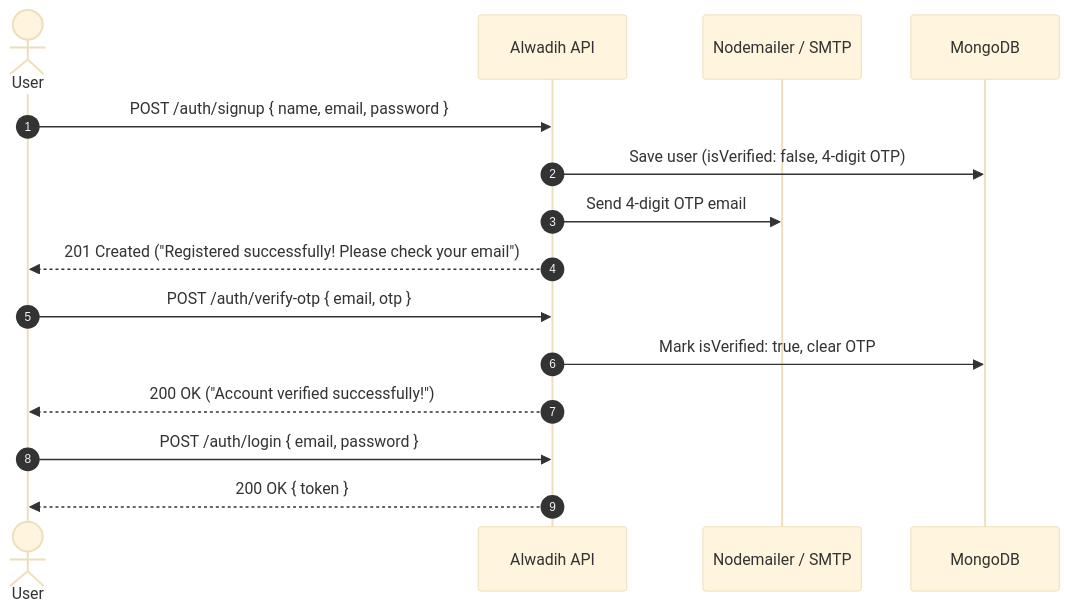
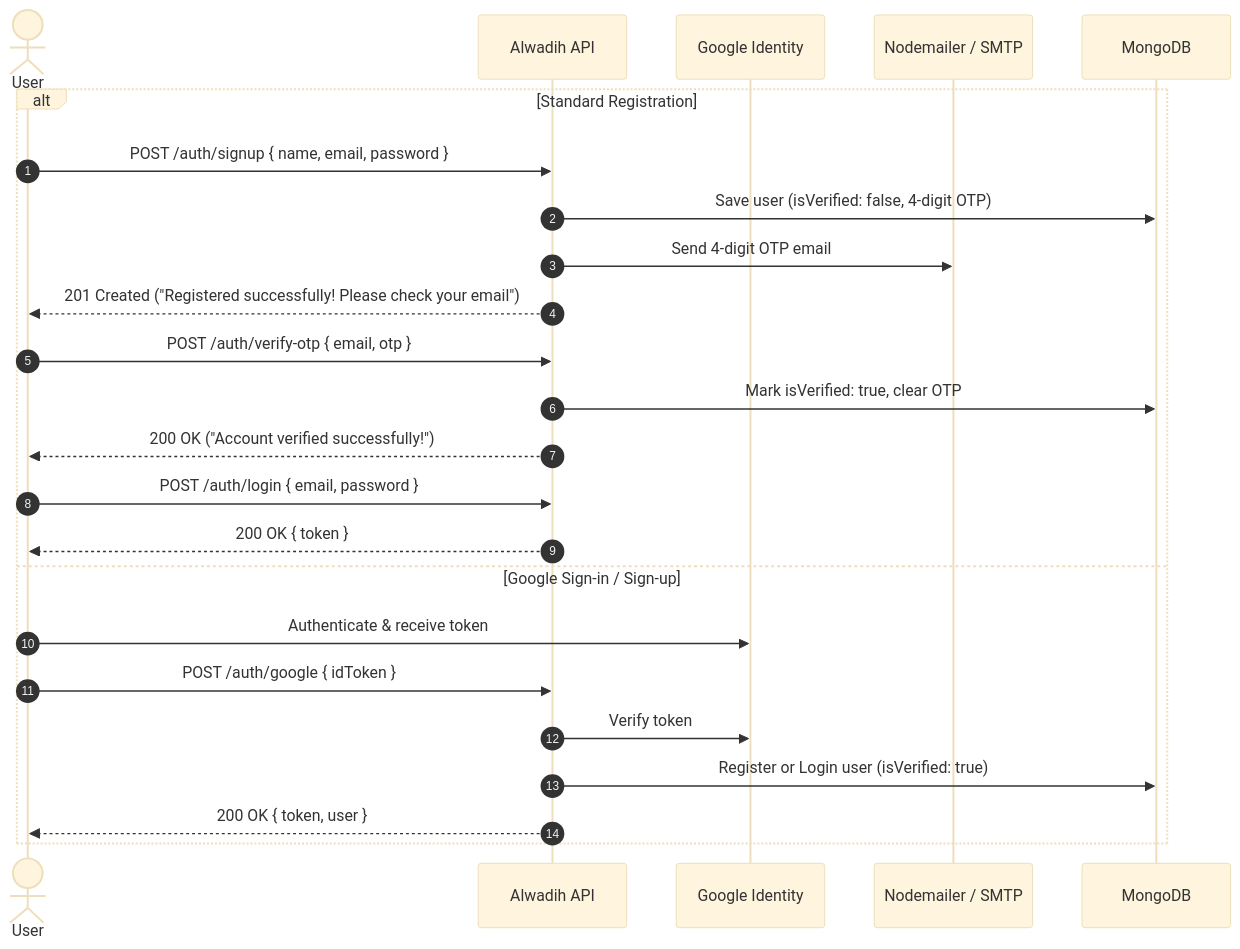
Before and after one commit to AliElsese/Alwadih: the first of 2 diagrams in API_DOCUMENTATION.md, drawn with Mermaid (base theme). The commit also changed other lines of this file and 9 other files, not shown here.

Commit message:
feat(auth): add register and login with Google (Gmail) and update Postman collection

````diff
--- a/API_DOCUMENTATION.md
+++ b/API_DOCUMENTATION.md
@@ -53,18 +54,27 @@
 ```mermaid
 sequenceDiagram
     autonumber
     actor User
     participant API as Alwadih API
+    participant Google as Google Identity
     participant Mail as Nodemailer / SMTP
     participant DB as MongoDB
 
-    User->>API: POST /auth/signup { name, email, password }
-    API->>DB: Save user (isVerified: false, 4-digit OTP)
-    API->>Mail: Send 4-digit OTP email
-    API-->>User: 201 Created ("Registered successfully! Please check your email")
-    User->>API: POST /auth/verify-otp { email, otp }
-    API->>DB: Mark isVerified: true, clear OTP
-    API-->>User: 200 OK ("Account verified successfully!")
-    User->>API: POST /auth/login { email, password }
-    API-->>User: 200 OK { token }
+    alt Standard Registration
+        User->>API: POST /auth/signup { name, email, password }
+        API->>DB: Save user (isVerified: false, 4-digit OTP)
+        API->>Mail: Send 4-digit OTP email
+        API-->>User: 201 Created ("Registered successfully! Please check your email")
+        User->>API: POST /auth/verify-otp { email, otp }
+        API->>DB: Mark isVerified: true, clear OTP
+        API-->>User: 200 OK ("Account verified successfully!")
+        User->>API: POST /auth/login { email, password }
+        API-->>User: 200 OK { token }
+    else Google Sign-in / Sign-up
+        User->>Google: Authenticate & receive token
+        User->>API: POST /auth/google { idToken }
+        API->>Google: Verify token
+        API->>DB: Register or Login user (isVerified: true)
+        API-->>User: 200 OK { token, user }
+    end
 ```
````
